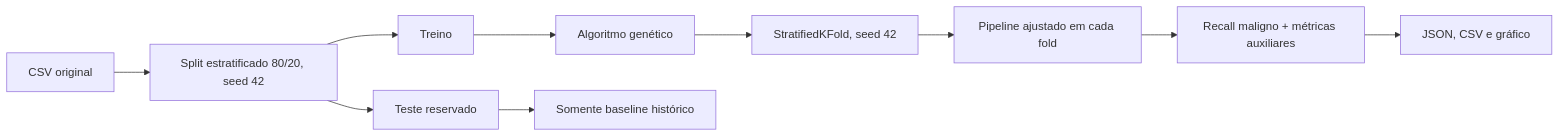
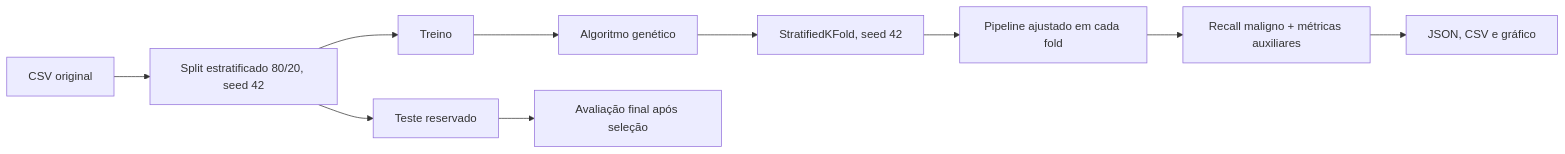
The diagram in README.md (carmenlopes/iadt-fase2-tech-challenge), drawn with Mermaid before and after one commit. The commit also changed other lines of this file and 1 other file, not shown here.

````diff
--- a/README.md
+++ b/README.md
@@ -64,12 +66,12 @@
 ```mermaid
 flowchart LR
     CSV[CSV original] --> Split[Split estratificado 80/20, seed 42]
     Split --> Train[Treino]
     Split --> Test[Teste reservado]
     Train --> GA[Algoritmo genético]
     GA --> CV[StratifiedKFold, seed 42]
     CV --> Pipe[Pipeline ajustado em cada fold]
     Pipe --> Fit[Recall maligno + métricas auxiliares]
     Fit --> History[JSON, CSV e gráfico]
-    Test --> Baseline[Somente baseline histórico]
+    Test --> FinalEval[Avaliação final após seleção]
 ```
````
